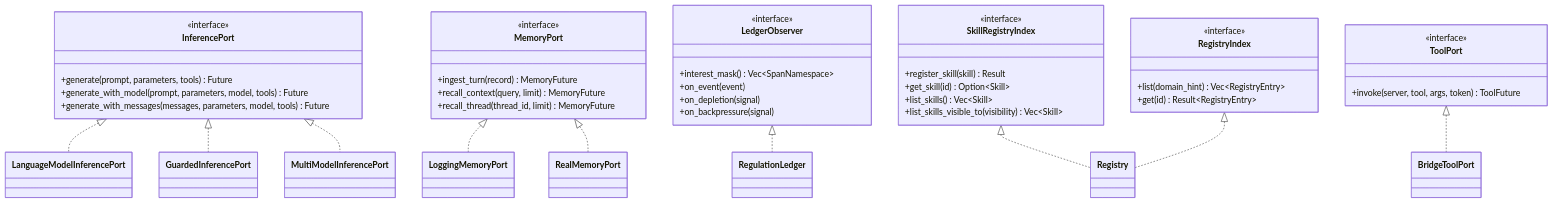
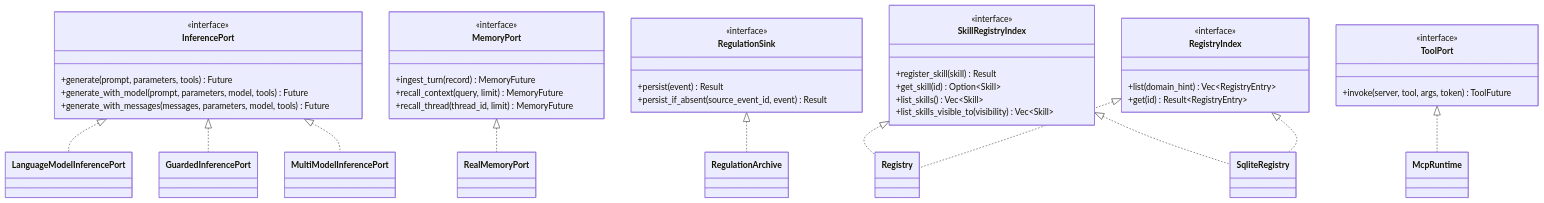
One commit to mdz-axo/zed-kask changed the diagram in kask/docs/diataxis/hkask-types/reference.md. Above: the diagram before and after it, drawn with Mermaid. The commit also changed other lines of this file and 33 other files, not shown here.

First line of the commit message:
Update docs for swarm MCP server and mode-aware skill

````diff
--- a/kask/docs/diataxis/hkask-types/reference.md
+++ b/kask/docs/diataxis/hkask-types/reference.md
@@ -42,48 +44,47 @@
 ```mermaid
 classDiagram
     class InferencePort {
         <<interface>>
         +generate(prompt, parameters, tools) Future
         +generate_with_model(prompt, parameters, model, tools) Future
         +generate_with_messages(messages, parameters, model, tools) Future
     }
     class MemoryPort {
         <<interface>>
         +ingest_turn(record) MemoryFuture
         +recall_context(query, limit) MemoryFuture
         +recall_thread(thread_id, limit) MemoryFuture
     }
-    class LedgerObserver {
+    class RegulationSink {
         <<interface>>
-        +interest_mask() Vec~SpanNamespace~
-        +on_event(event)
-        +on_depletion(signal)
-        +on_backpressure(signal)
+        +persist(event) Result
+        +persist_if_absent(source_event_id, event) Result
     }
     class SkillRegistryIndex {
         <<interface>>
         +register_skill(skill) Result
         +get_skill(id) Option~Skill~
         +list_skills() Vec~Skill~
         +list_skills_visible_to(visibility) Vec~Skill~
     }
     class RegistryIndex {
         <<interface>>
         +list(domain_hint) Vec~RegistryEntry~
         +get(id) Result~RegistryEntry~
     }
     class ToolPort {
         <<interface>>
         +invoke(server, tool, args, token) ToolFuture
     }
 
     InferencePort <|.. LanguageModelInferencePort
     InferencePort <|.. GuardedInferencePort
     InferencePort <|.. MultiModelInferencePort
-    MemoryPort <|.. LoggingMemoryPort
     MemoryPort <|.. RealMemoryPort
-    LedgerObserver <|.. RegulationLedger
+    RegulationSink <|.. RegulationArchive
     SkillRegistryIndex <|.. Registry
     RegistryIndex <|.. Registry
-    ToolPort <|.. BridgeToolPort
+    SkillRegistryIndex <|.. SqliteRegistry
+    RegistryIndex <|.. SqliteRegistry
+    ToolPort <|.. McpRuntime
 ```
````
